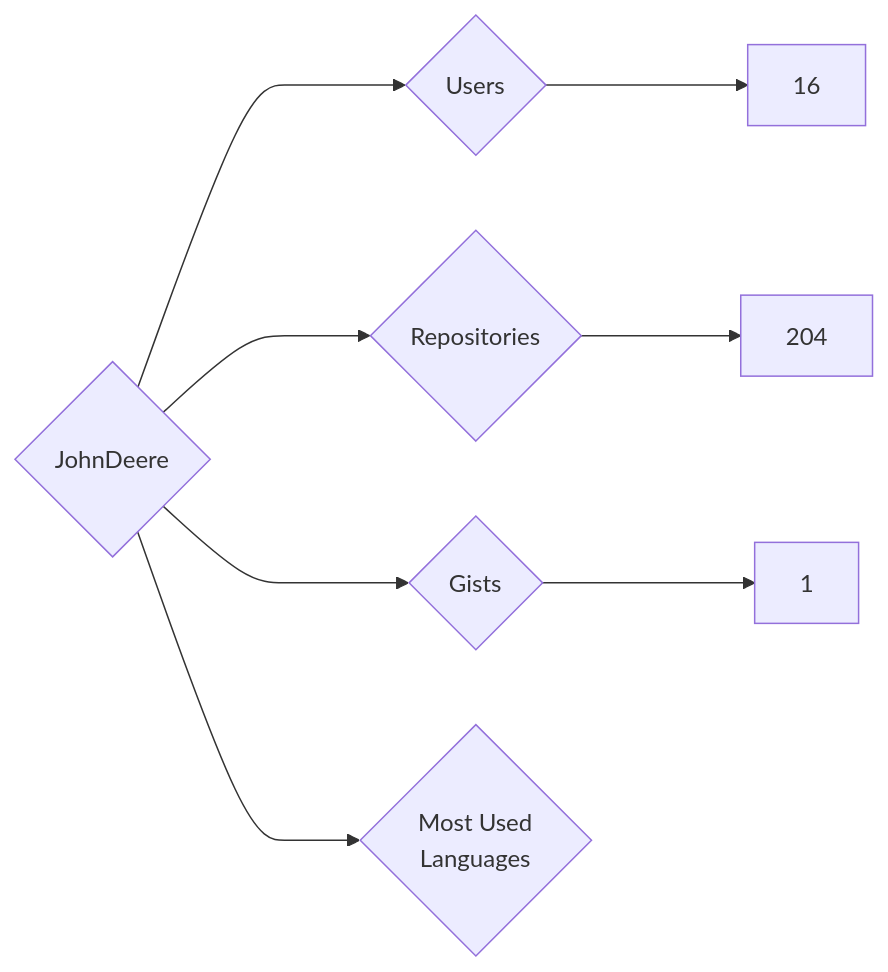
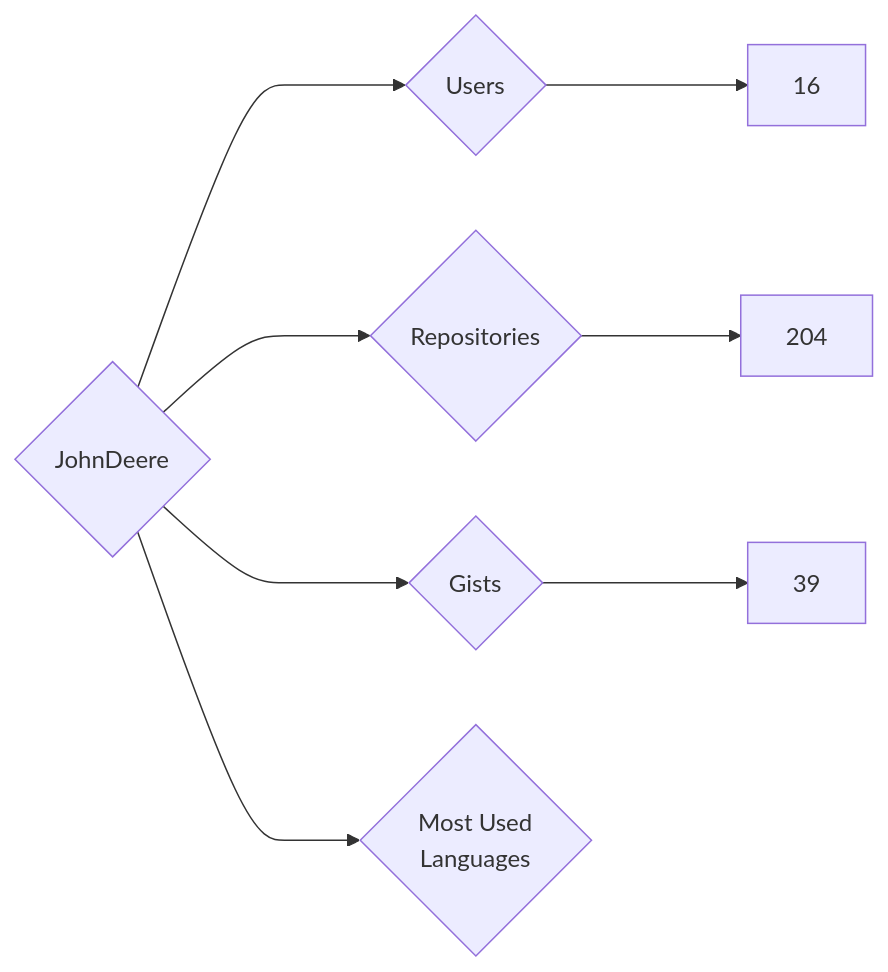
One commit to nenadzaric/insiders changed the diagram in targets/JohnDeere/README.md. Above: the diagram before and after it, drawn with Mermaid. The commit also changed 1342 other files, not shown here.

````diff
--- a/targets/JohnDeere/README.md
+++ b/targets/JohnDeere/README.md
@@ -3,8 +3,8 @@
 ```mermaid
 graph LR
 COMPANY_NAME{JohnDeere}
 COMPANY_NAME ---> U{Users} ---> UN[16]
 COMPANY_NAME ---> R{Repositories} ---> RN[204]
-COMPANY_NAME ---> G{Gists} ---> GN[1]
+COMPANY_NAME ---> G{Gists} ---> GN[39]
 COMPANY_NAME ---> ML{Most Used<br>Languages}
 ```
````
